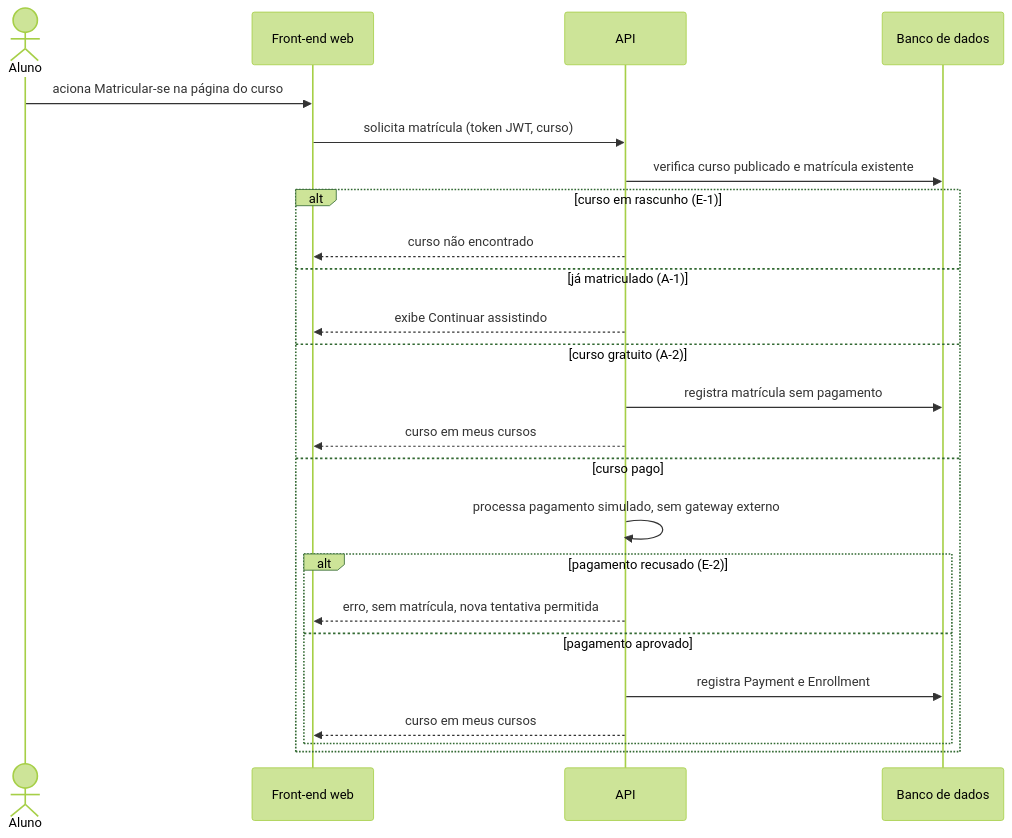
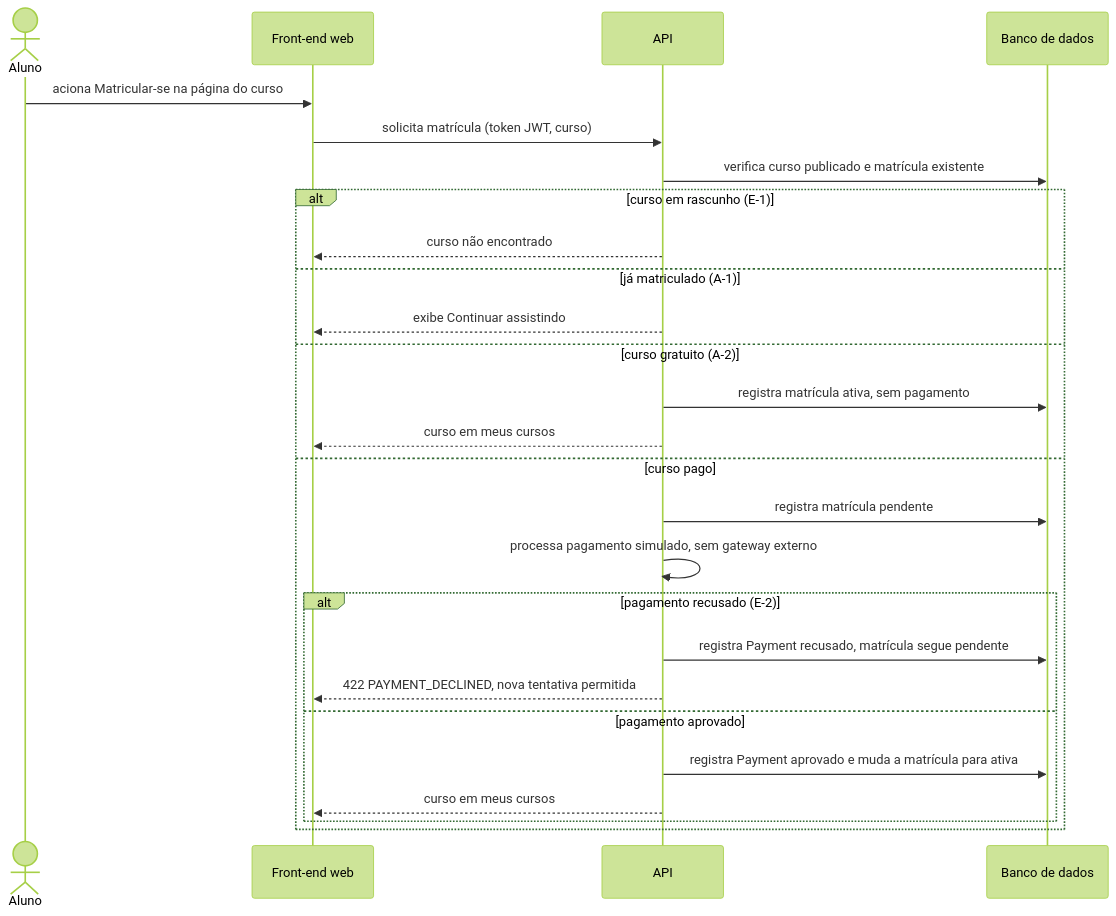
Before and after one commit to Plataforma-de-Cursos-TCC/plataforma-cursos-docs: the fifth of 6 diagrams in docs/sdd.md, drawn with Mermaid (forest theme). The commit also changed other lines of this file and 17 other files, not shown here.

````diff
--- a/docs/sdd.md
+++ b/docs/sdd.md
@@ -205,27 +205,29 @@
 ```mermaid
 sequenceDiagram
     actor Aluno
     participant Web as Front-end web
     participant API
     participant DB as Banco de dados
 
     Aluno->>Web: aciona Matricular-se na página do curso
     Web->>API: solicita matrícula (token JWT, curso)
     API->>DB: verifica curso publicado e matrícula existente
     alt curso em rascunho (E-1)
         API-->>Web: curso não encontrado
     else já matriculado (A-1)
         API-->>Web: exibe Continuar assistindo
     else curso gratuito (A-2)
-        API->>DB: registra matrícula sem pagamento
+        API->>DB: registra matrícula ativa, sem pagamento
         API-->>Web: curso em meus cursos
     else curso pago
+        API->>DB: registra matrícula pendente
         API->>API: processa pagamento simulado, sem gateway externo
         alt pagamento recusado (E-2)
-            API-->>Web: erro, sem matrícula, nova tentativa permitida
+            API->>DB: registra Payment recusado, matrícula segue pendente
+            API-->>Web: 422 PAYMENT_DECLINED, nova tentativa permitida
         else pagamento aprovado
-            API->>DB: registra Payment e Enrollment
+            API->>DB: registra Payment aprovado e muda a matrícula para ativa
             API-->>Web: curso em meus cursos
         end
     end
 ```
````
